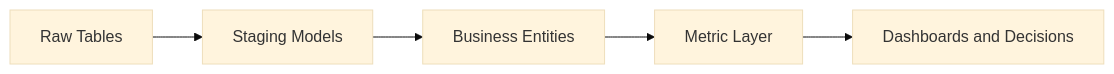
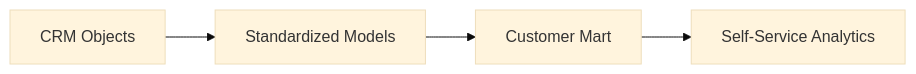
The diagram in projects/daily-linkedin-post-workflow/generated/latest-linkedin-post.md (Kasala95/data-engineering-portfolio), drawn with Mermaid (base theme) before and after one commit. The commit also changed other lines of this file and 3 other files, not shown here.

````diff
--- a/projects/daily-linkedin-post-workflow/generated/latest-linkedin-post.md
+++ b/projects/daily-linkedin-post-workflow/generated/latest-linkedin-post.md
@@ -25,7 +25,6 @@
 ```mermaid
 flowchart LR
-  A[Raw Tables] --> B[Staging Models]
-  B --> C[Business Entities]
-  C --> D[Metric Layer]
-  D --> E[Dashboards and Decisions]
+  A[CRM Objects] --> B[Standardized Models]
+  B --> C[Customer Mart]
+  C --> D[Self-Service Analytics]
 ```
````
